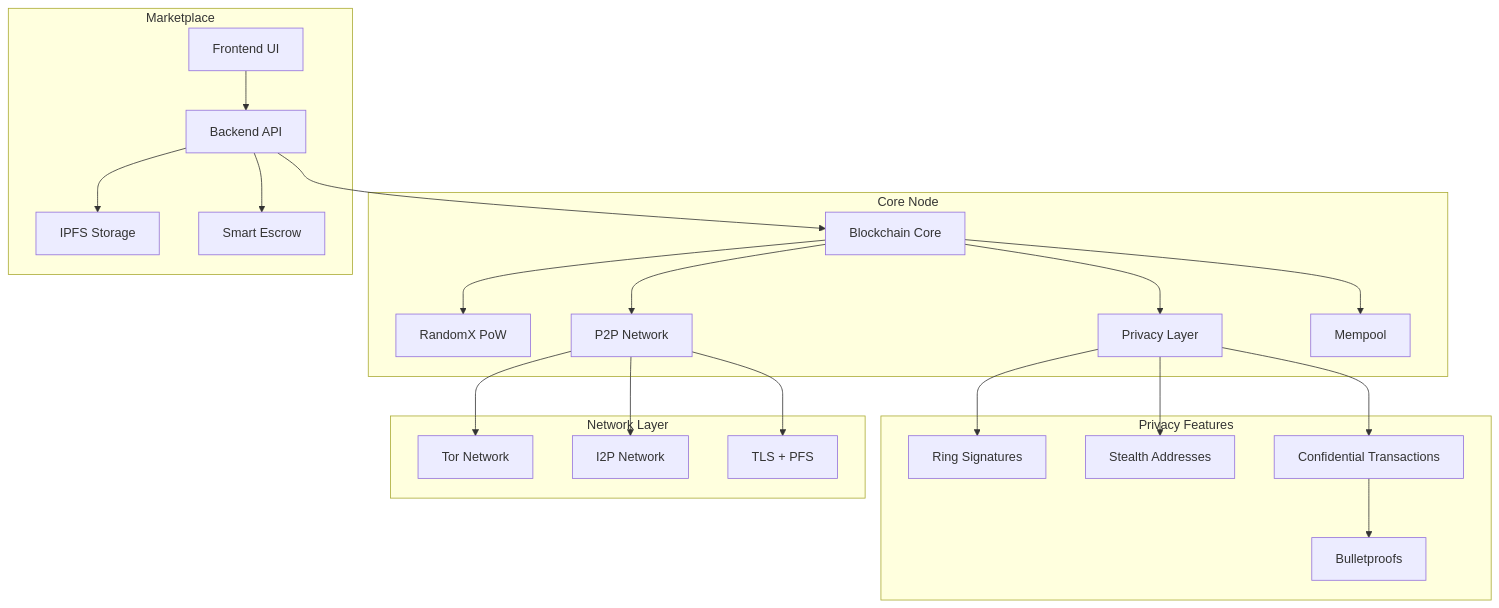
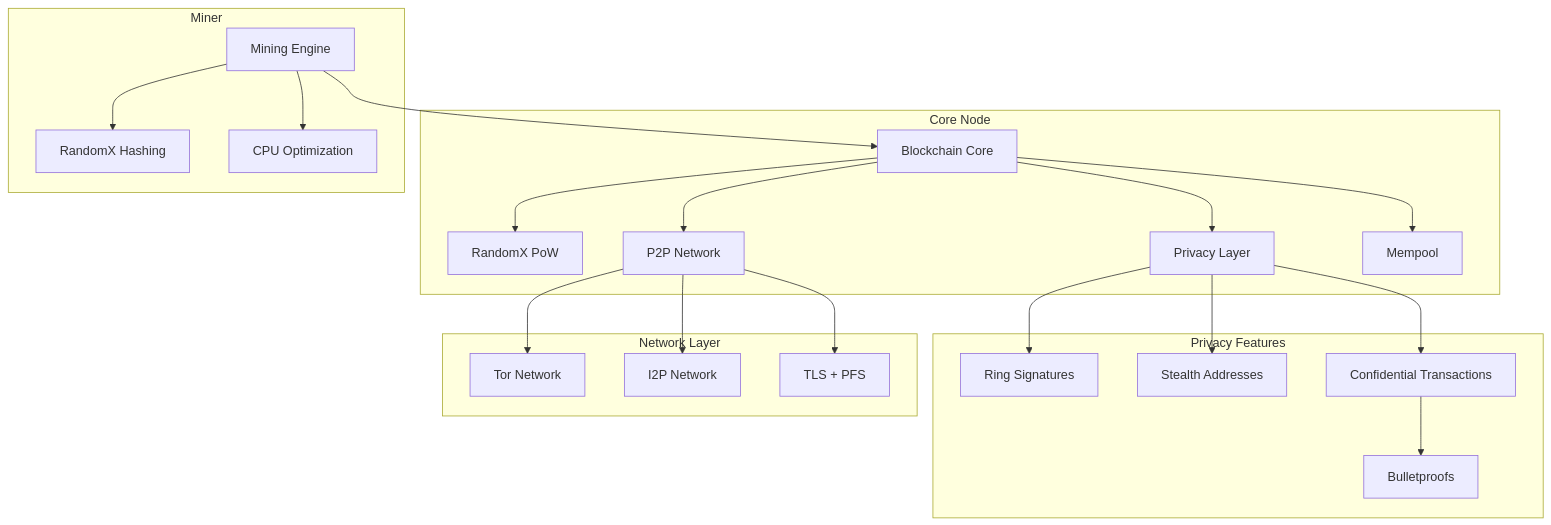
One commit to StickyFingaz420/BlackSilk-Blockchain changed the diagram in docs/architecture.md. Above: the diagram before and after it, drawn with Mermaid. The commit also changed other lines of this file and 81 other files, not shown here.

````diff
--- a/docs/architecture.md
+++ b/docs/architecture.md
@@ -5,49 +5,47 @@
 ```mermaid
 graph TB
     subgraph Core Node
         BC[Blockchain Core]
         POW[RandomX PoW]
         P2P[P2P Network]
         PRIV[Privacy Layer]
         MEM[Mempool]
     end
     
     subgraph Privacy Features
         RING[Ring Signatures]
         STEALTH[Stealth Addresses]
         CT[Confidential Transactions]
         BP[Bulletproofs]
     end
     
     subgraph Network Layer
         TOR[Tor Network]
         I2P[I2P Network]
         TLS[TLS + PFS]
     end
     
-    subgraph Marketplace
-        API[Backend API]
-        UI[Frontend UI]
-        IPFS[IPFS Storage]
-        ESCROW[Smart Escrow]
+    subgraph Miner
+        MINING[Mining Engine]
+        HASH[RandomX Hashing]
+        CPU[CPU Optimization]
     end
     
     BC --> POW
     BC --> P2P
     BC --> PRIV
     BC --> MEM
     
     PRIV --> RING
     PRIV --> STEALTH
     PRIV --> CT
     CT --> BP
     
     P2P --> TOR
     P2P --> I2P
     P2P --> TLS
     
-    API --> BC
-    UI --> API
-    API --> IPFS
-    API --> ESCROW
+    MINING --> HASH
+    MINING --> CPU
+    MINING --> BC
 ```
````
